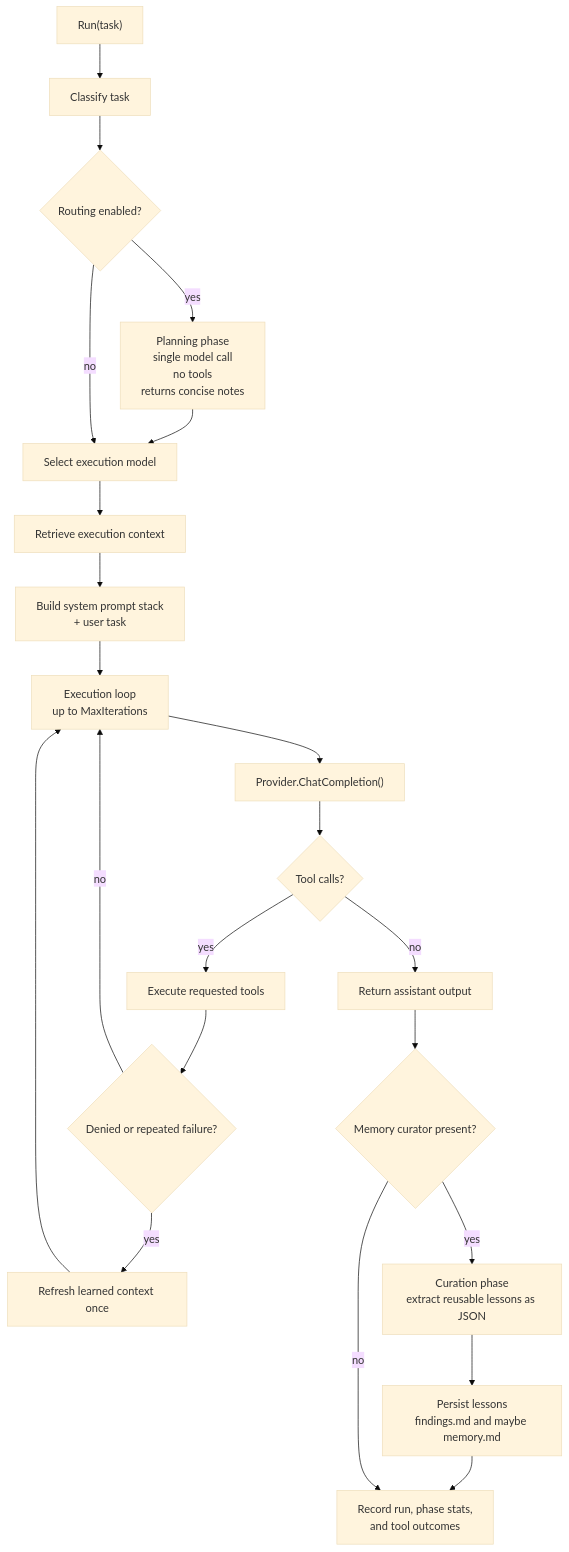
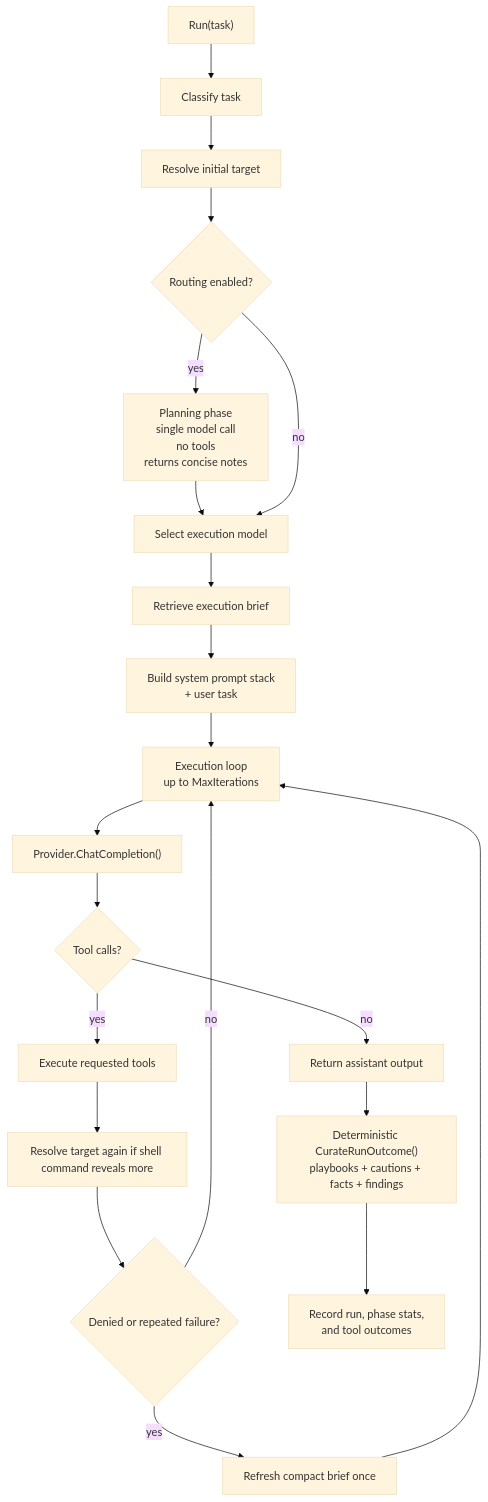
Before and after one commit to Glebenator/CvkeHarness: the third of 8 diagrams in docs/project-visual-guide.md, drawn with Mermaid (base theme). The commit also changed other lines of this file and 10 other files, not shown here.

First line of the commit message:
Enhance CvkeHarness memory model with target-aware operational memory

````diff
--- a/docs/project-visual-guide.md
+++ b/docs/project-visual-guide.md
@@ -100,32 +103,30 @@
 ```mermaid
 flowchart TD
     start["Run(task)"]
     classify["Classify task"]
+    resolve["Resolve initial target"]
     planning{"Routing enabled?"}
     planPhase["Planning phase\nsingle model call\nno tools\nreturns concise notes"]
     execSelect["Select execution model"]
-    retrieve["Retrieve execution context"]
+    retrieve["Retrieve execution brief"]
     build["Build system prompt stack\n+ user task"]
     loop["Execution loop\nup to MaxIterations"]
     model["Provider.ChatCompletion()"]
     done{"Tool calls?"}
     finish["Return assistant output"]
     toolExec["Execute requested tools"]
+    retarget["Resolve target again if shell command reveals more"]
     trouble{"Denied or repeated failure?"}
-    refresh["Refresh learned context once"]
-    curation{"Memory curator present?"}
-    curate["Curation phase\nextract reusable lessons as JSON"]
-    persist["Persist lessons\nfindings.md and maybe memory.md"]
+    refresh["Refresh compact brief once"]
+    curate["Deterministic CurateRunOutcome()\nplaybooks + cautions + facts + findings"]
     record["Record run, phase stats,\nand tool outcomes"]
 
-    start --> classify --> planning
+    start --> classify --> resolve --> planning
     planning -- "yes" --> planPhase --> execSelect
     planning -- "no" --> execSelect
     execSelect --> retrieve --> build --> loop --> model --> done
-    done -- "no" --> finish --> curation
-    done -- "yes" --> toolExec --> trouble
+    done -- "no" --> finish --> curate --> record
+    done -- "yes" --> toolExec --> retarget --> trouble
     trouble -- "yes" --> refresh --> loop
     trouble -- "no" --> loop
-    curation -- "yes" --> curate --> persist --> record
-    curation -- "no" --> record
 ```
````
